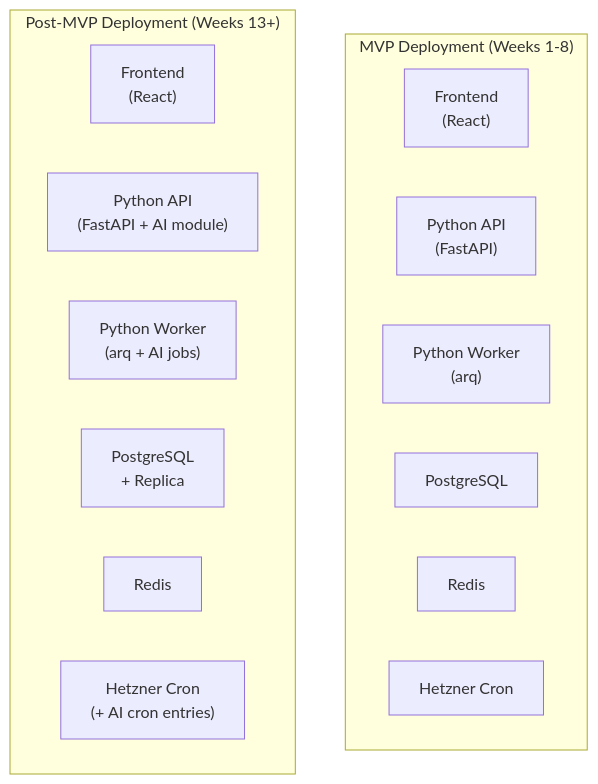
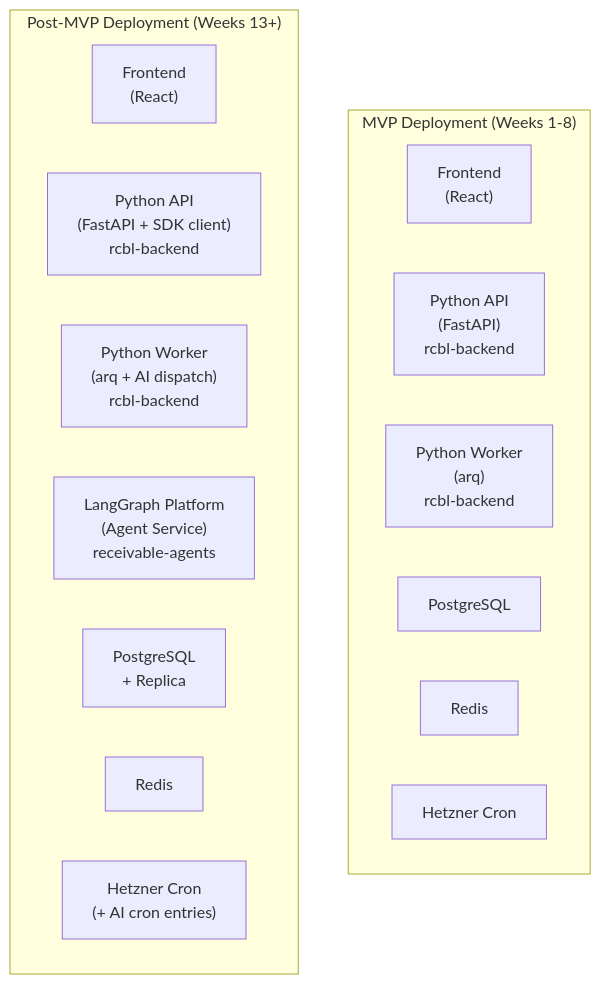
Diagram 16 of 16 in docs/architecture.md (bhanu-singh/rcbl-ntfr), drawn with Mermaid before and after one commit. The commit also changed other lines of this file and 1 other file, not shown here.

````diff
--- a/docs/architecture.md
+++ b/docs/architecture.md
@@ -1339,22 +1454,23 @@
 ```mermaid
 graph TB
     subgraph MVP["MVP Deployment (Weeks 1-8)"]
         direction LR
         M1["Frontend<br/>(React)"]
-        M2["Python API<br/>(FastAPI)"]
-        M3["Python Worker<br/>(arq)"]
+        M2["Python API<br/>(FastAPI)<br/>rcbl-backend"]
+        M3["Python Worker<br/>(arq)<br/>rcbl-backend"]
         M4["PostgreSQL"]
         M5["Redis"]
         M6["Hetzner Cron"]
     end
 
     subgraph POSTMVP["Post-MVP Deployment (Weeks 13+)"]
         direction LR
         P1["Frontend<br/>(React)"]
-        P2["Python API<br/>(FastAPI + AI module)"]
-        P3["Python Worker<br/>(arq + AI jobs)"]
-        P4["PostgreSQL<br/>+ Replica"]
-        P5["Redis"]
-        P6["Hetzner Cron<br/>(+ AI cron entries)"]
+        P2["Python API<br/>(FastAPI + SDK client)<br/>rcbl-backend"]
+        P3["Python Worker<br/>(arq + AI dispatch)<br/>rcbl-backend"]
+        P4["LangGraph Platform<br/>(Agent Service)<br/>receivable-agents"]
+        P5["PostgreSQL<br/>+ Replica"]
+        P6["Redis"]
+        P7["Hetzner Cron<br/>(+ AI cron entries)"]
     end
 ```
````
